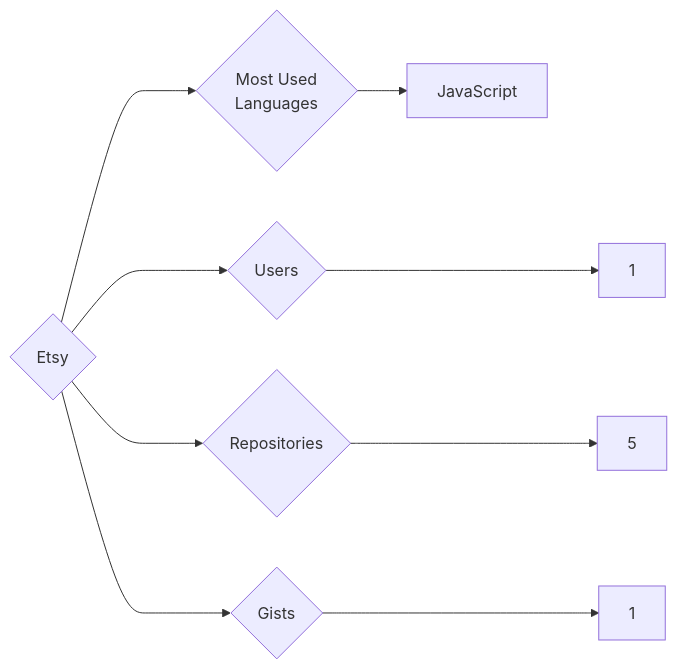
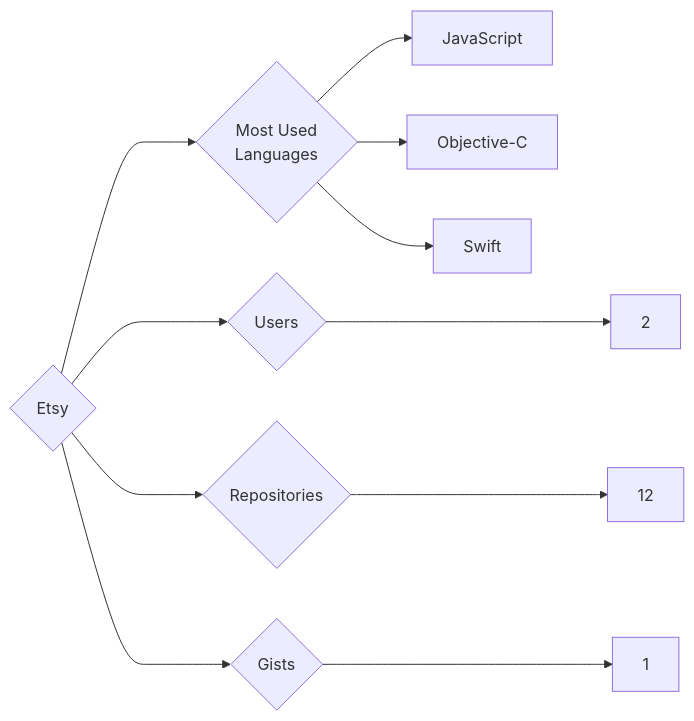
One commit to trickest/insiders changed the diagram in targets/Etsy/README.md. Above: the diagram before and after it, drawn with Mermaid. The commit also changed 859 other files, not shown here.

````diff
--- a/targets/Etsy/README.md
+++ b/targets/Etsy/README.md
@@ -3,9 +3,11 @@
 ```mermaid
 graph LR
 COMPANY_NAME{Etsy}
-COMPANY_NAME ---> U{Users} ---> UN[1]
-COMPANY_NAME ---> R{Repositories} ---> RN[5]
+COMPANY_NAME ---> U{Users} ---> UN[2]
+COMPANY_NAME ---> R{Repositories} ---> RN[12]
 COMPANY_NAME ---> G{Gists} ---> GN[1]
 COMPANY_NAME ---> ML{Most Used<br>Languages}
 ML --> JavaScript[JavaScript]
+ML --> Objective-C[Objective-C]
+ML --> Swift[Swift]
 ```
````
